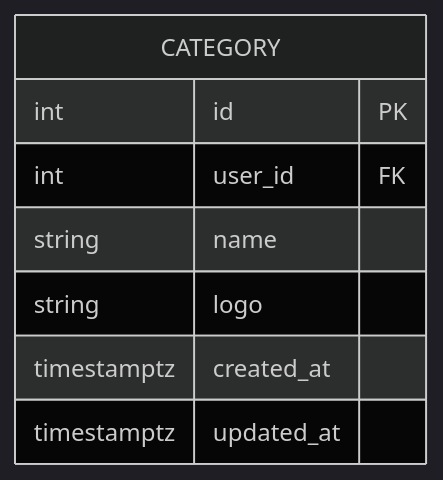
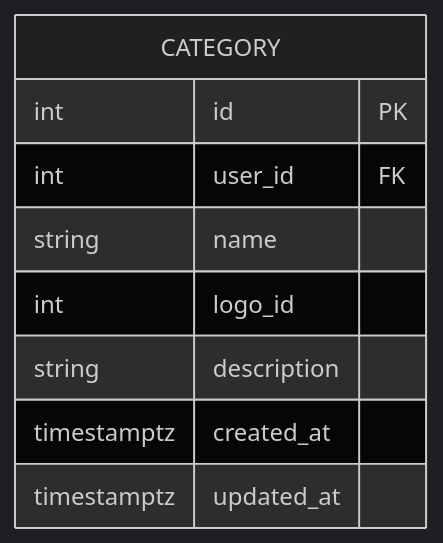
One commit to go-park-mail-ru/2025_2_VKarmane changed the sixth of 12 diagrams in db/normalized/relations.md. Above: the diagram before and after it, drawn with Mermaid (dark theme). The commit also changed other lines of this file and 2 other files, not shown here.

````diff
--- a/db/normalized/relations.md
+++ b/db/normalized/relations.md
@@ -153,12 +153,13 @@
 ```mermaid
 erDiagram
 
     CATEGORY {
         int id PK
         int user_id FK
         string name
-        string logo
+        int logo_id
+        string description
         timestamptz created_at
         timestamptz updated_at
     }
 ```
````
